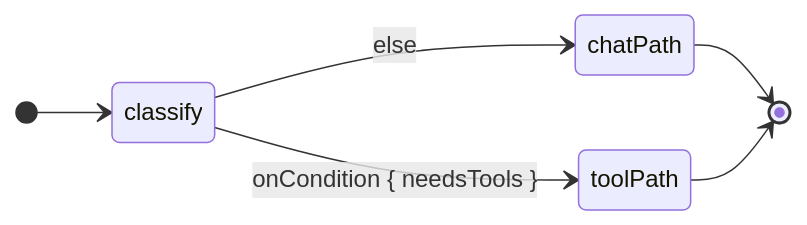
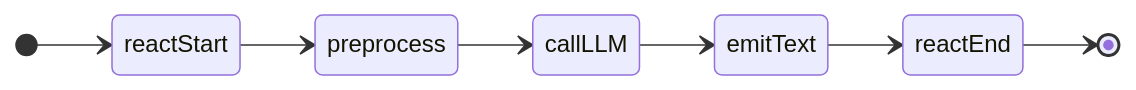
One commit to Tianea2160/secretary changed the second of 3 diagrams in docs/koog-strategy-graph.md. Above: the diagram before and after it, drawn with Mermaid. The commit also changed other lines of this file and 2 other files, not shown here.

First line of the commit message:
docs: sync Koog graph cheatsheet and project guidance with current code

````diff
--- a/docs/koog-strategy-graph.md
+++ b/docs/koog-strategy-graph.md
@@ -176,9 +148,10 @@
 ```mermaid
 stateDiagram-v2
     direction LR
-    [*] --> classify
-    classify --> toolPath : onCondition { needsTools }
-    classify --> chatPath : else
-    chatPath --> [*]
-    toolPath --> [*]
+    [*] --> reactStart
+    reactStart --> preprocess
+    preprocess --> callLLM
+    callLLM --> emitText
+    emitText --> reactEnd
+    reactEnd --> [*]
 ```
````
